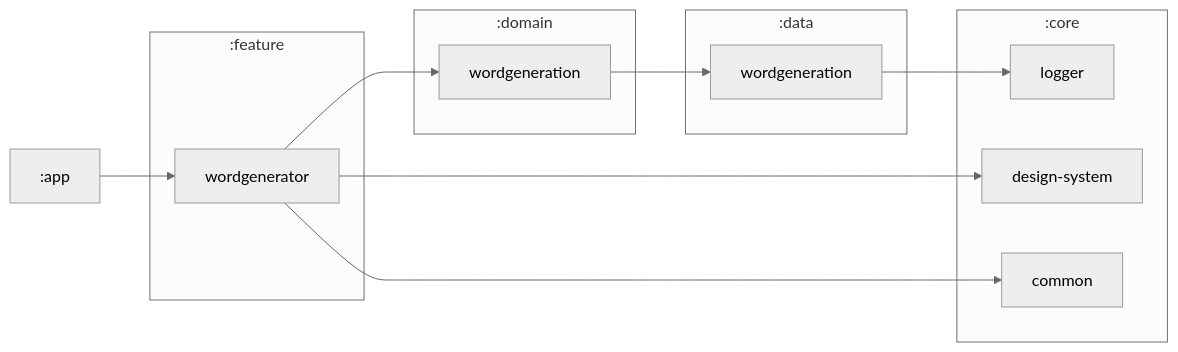
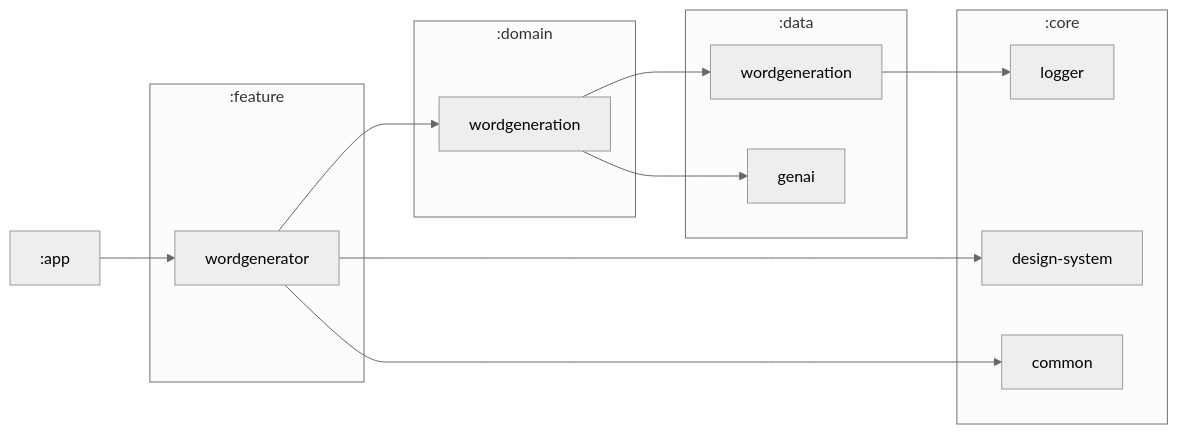
The diagram in documentation/module-graph.md (IrinUvis/yuzu), drawn with Mermaid before and after one commit. The commit also changed 1 other file, not shown here.

Commit message:
Add data:genai module and connect it to domain:wordgeneration

````diff
--- a/documentation/module-graph.md
+++ b/documentation/module-graph.md
@@ -3,29 +3,31 @@
 ```mermaid
 %%{
   init: {
     'theme': 'neutral'
   }
 }%%
 
 graph LR
   subgraph :core
     :core:logger["logger"]
     :core:design-system["design-system"]
     :core:common["common"]
   end
   subgraph :data
     :data:wordgeneration["wordgeneration"]
+    :data:genai["genai"]
   end
   subgraph :domain
     :domain:wordgeneration["wordgeneration"]
   end
   subgraph :feature
     :feature:wordgenerator["wordgenerator"]
   end
   :domain:wordgeneration --> :data:wordgeneration
+  :domain:wordgeneration --> :data:genai
   :data:wordgeneration --> :core:logger
   :app --> :feature:wordgenerator
   :feature:wordgenerator --> :core:design-system
   :feature:wordgenerator --> :domain:wordgeneration
   :feature:wordgenerator --> :core:common
 ```
````
